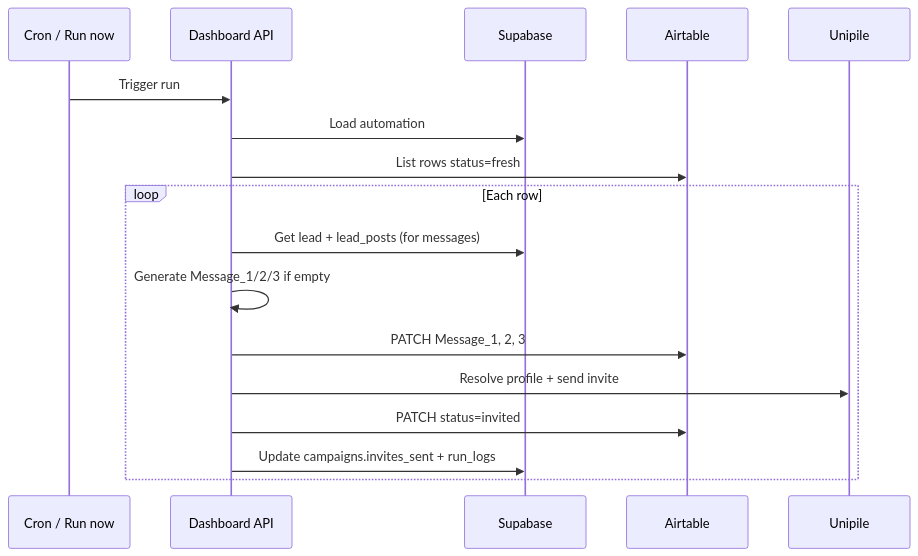
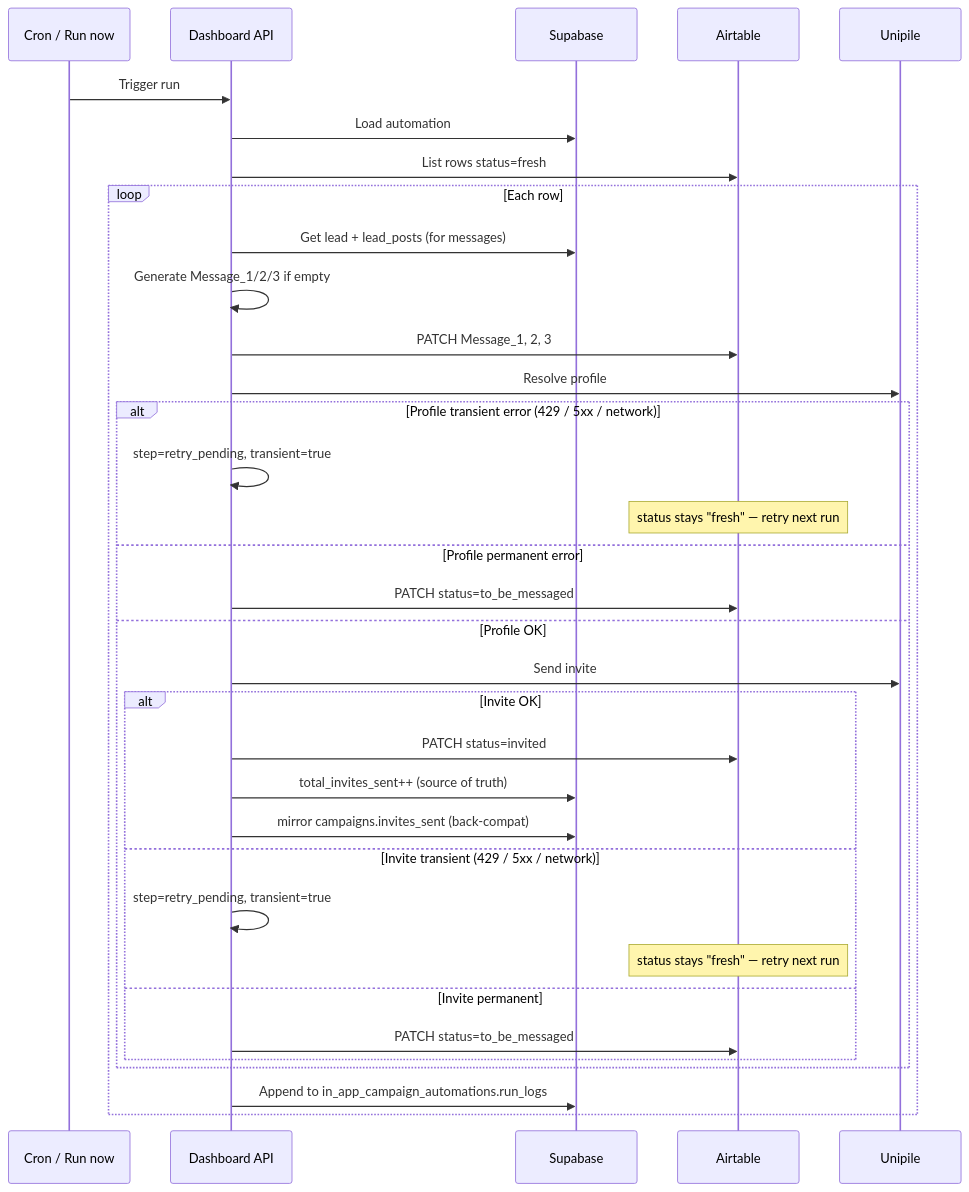
Before and after one commit to Metagora123/excelr8: the fifth of 15 diagrams in client-docs/flows.md, drawn with Mermaid. The commit also changed other lines of this file and 33 other files, not shown here.

Commit message:
n8n -> in app migration , preview leads, hitlist automations , missing column enrichment done

````diff
--- a/client-docs/flows.md
+++ b/client-docs/flows.md
@@ -93,20 +115,37 @@
 ```mermaid
 sequenceDiagram
   participant Cron as Cron / Run now
   participant API as Dashboard API
   participant Supabase
   participant Airtable
   participant Unipile
 
   Cron->>API: Trigger run
   API->>Supabase: Load automation
   API->>Airtable: List rows status=fresh
   loop Each row
     API->>Supabase: Get lead + lead_posts (for messages)
     API->>API: Generate Message_1/2/3 if empty
     API->>Airtable: PATCH Message_1, 2, 3
-    API->>Unipile: Resolve profile + send invite
-    API->>Airtable: PATCH status=invited
-    API->>Supabase: Update campaigns.invites_sent + run_logs
+    API->>Unipile: Resolve profile
+    alt Profile transient error (429 / 5xx / network)
+      API->>API: step=retry_pending, transient=true
+      Note over Airtable: status stays "fresh" — retry next run
+    else Profile permanent error
+      API->>Airtable: PATCH status=to_be_messaged
+    else Profile OK
+      API->>Unipile: Send invite
+      alt Invite OK
+        API->>Airtable: PATCH status=invited
+        API->>Supabase: total_invites_sent++ (source of truth)
+        API->>Supabase: mirror campaigns.invites_sent (back-compat)
+      else Invite transient (429 / 5xx / network)
+        API->>API: step=retry_pending, transient=true
+        Note over Airtable: status stays "fresh" — retry next run
+      else Invite permanent
+        API->>Airtable: PATCH status=to_be_messaged
+      end
+    end
+    API->>Supabase: Append to in_app_campaign_automations.run_logs
   end
 ```
````
